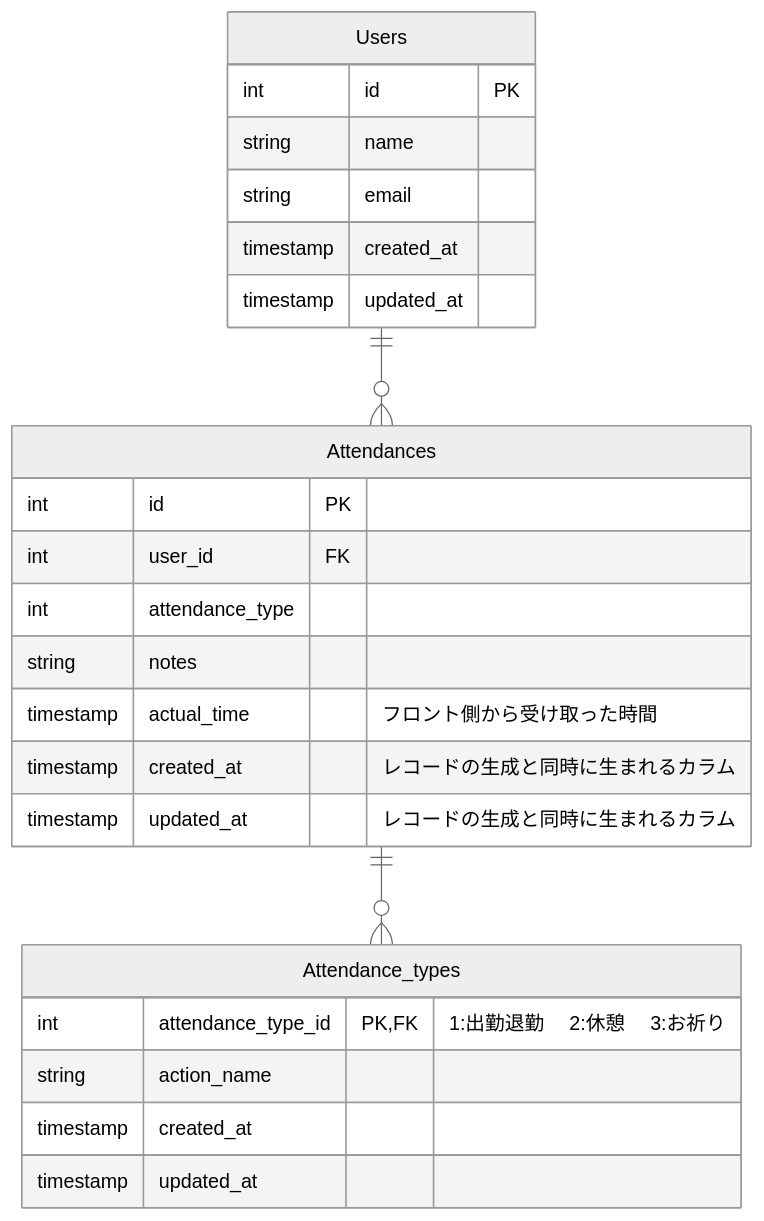
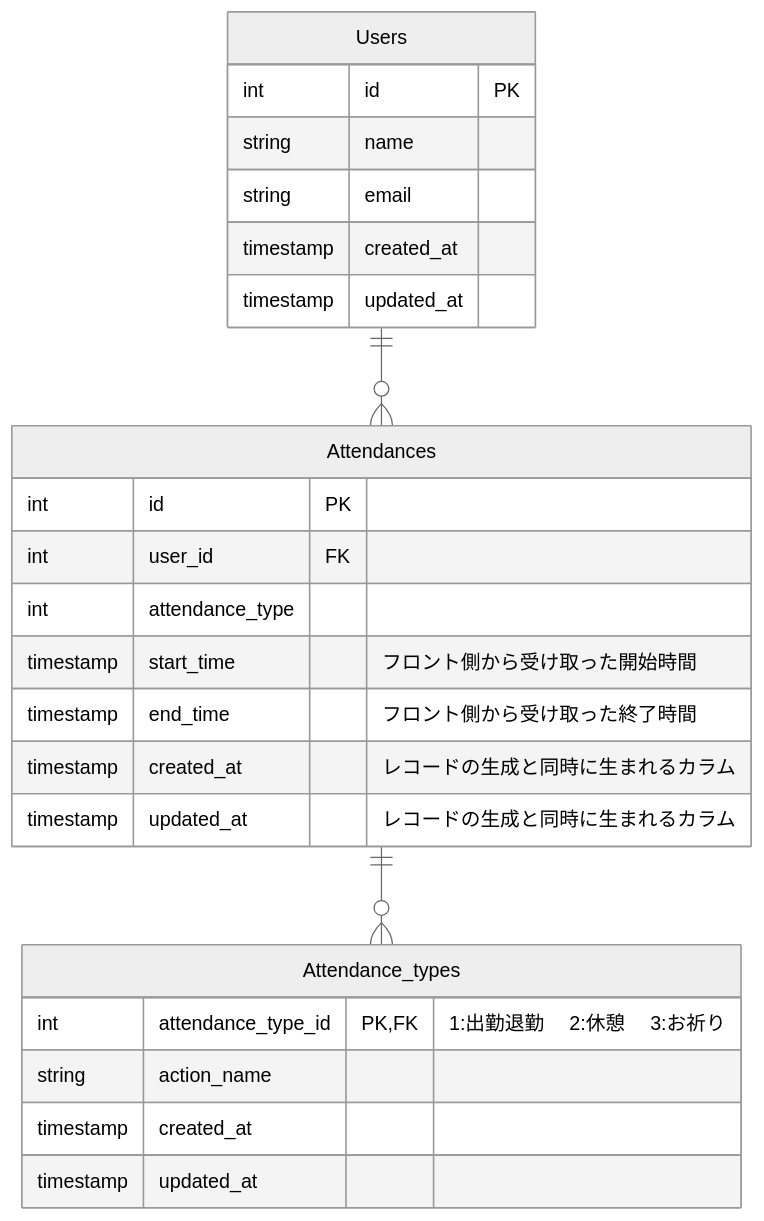
The diagram in samples/er.md (yoshimi-I/AttendanceApp), drawn with Mermaid (neutral theme) before and after one commit. The commit also changed 3 other files, not shown here.

````diff
--- a/samples/er.md
+++ b/samples/er.md
@@ -1,31 +1,31 @@
 ```mermaid
 erDiagram
     Users ||--o{ Attendances : ""
     Attendances ||--o{ Attendance_types : ""
 
     Users {
         int id PK
         string name
         string email
         timestamp created_at
         timestamp updated_at
     }
 
     Attendances {
         int id PK
         int user_id FK
-        int attendance_type 
-        string notes
-        timestamp actual_time "フロント側から受け取った時間"
+        int attendance_type
+        timestamp start_time "フロント側から受け取った開始時間"
+        timestamp end_time "フロント側から受け取った終了時間"
         timestamp created_at　"レコードの生成と同時に生まれるカラム"
         timestamp updated_at　"レコードの生成と同時に生まれるカラム"
     }
     Attendance_types {
         int attendance_type_id PK,FK"1:出勤退勤 　2:休憩 　3:お祈り" 
         string action_name
         timestamp created_at
         timestamp updated_at
     }
 
 
 ```
````
